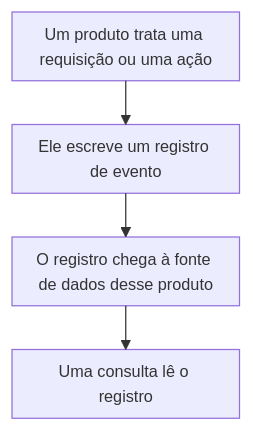
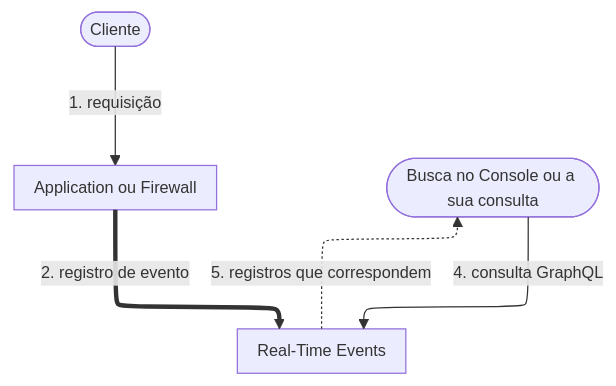
The diagram in apps/docs/src/content/docs/pt-br/pages/menu-principal/referencia/observe/real-time-events/real-time-events.mdx (aziontech/docs), drawn with Mermaid before and after one commit. The commit also changed other lines of this file and 41 other files, not shown here.

Commit message:
fix(real-time-events): verify the Overview, Quickstart, How it works, and Limits against the product (#2715)

````diff
--- a/apps/docs/src/content/docs/pt-br/pages/menu-principal/referencia/observe/real-time-events/real-time-events.mdx
+++ b/apps/docs/src/content/docs/pt-br/pages/menu-principal/referencia/observe/real-time-events/real-time-events.mdx
@@ -68,7 +30,12 @@
 ```mermaid
-%%{init: {"layout": "elk", "themeVariables": {"fontSize": "13px"}, "flowchart": {"nodeSpacing": 24, "rankSpacing": 36, "padding": 8, "wrappingWidth": 150, "useMaxWidth": true}, "sequence": {"width": 120, "actorMargin": 30, "useMaxWidth": true}}}%%
+%%{init: {"layout": "elk", "elk": {"cycleBreakingStrategy": "MODEL_ORDER"}, "themeVariables": {"fontSize": "13px"}, "flowchart": {"nodeSpacing": 24, "rankSpacing": 36, "padding": 8, "wrappingWidth": 150, "useMaxWidth": true}, "sequence": {"width": 120, "actorMargin": 30, "useMaxWidth": true}}}%%
 flowchart TD
-  Work["Um produto trata uma requisição ou uma ação"] --> Rec["Ele escreve um registro de evento"]
-  Rec --> Src["O registro chega à fonte de dados desse produto"]
-  Src --> Query["Uma consulta lê o registro"]
+  Client(["Cliente"])
+  App["Application ou Firewall"]
+  RTE["Real-Time Events"]
+  Reader(["Busca no Console ou a sua consulta"])
+  Client -->|"1. requisição"| App
+  App ==>|"2. registro de evento"| RTE
+  Reader -->|"4. consulta GraphQL"| RTE
+  RTE -.->|"5. registros que correspondem"| Reader
 ```
````
